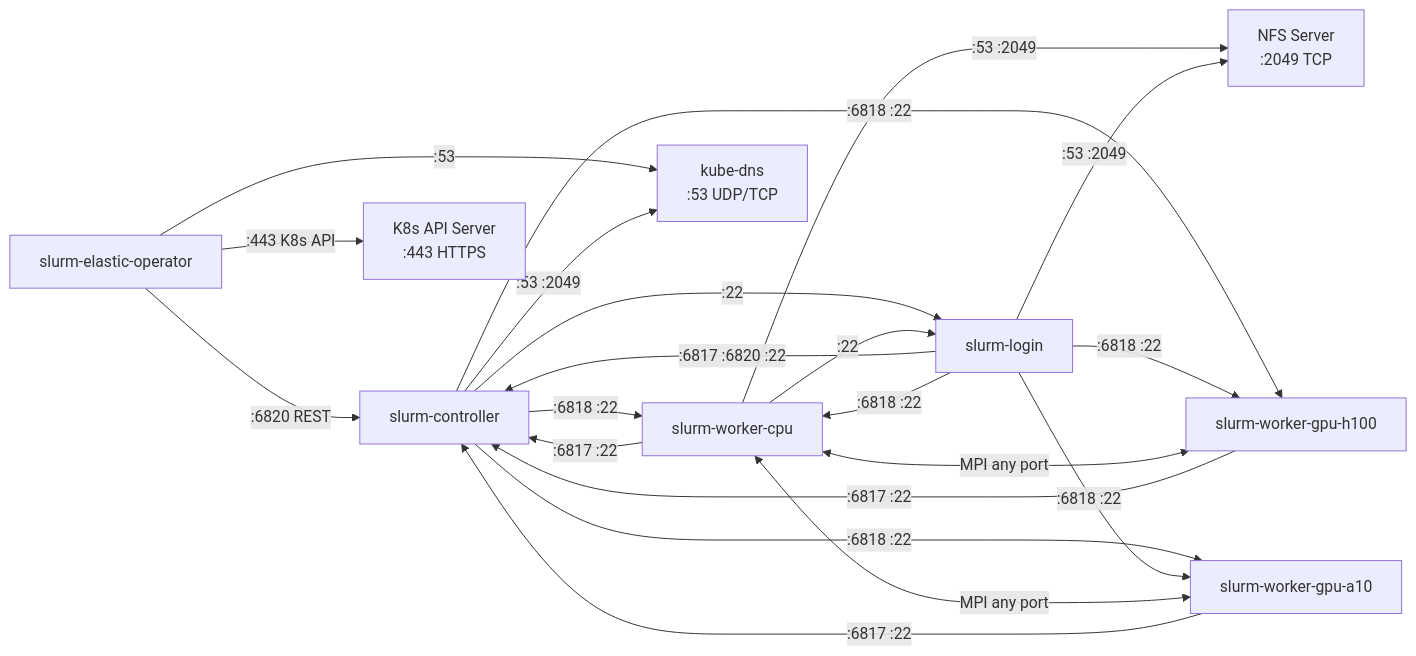
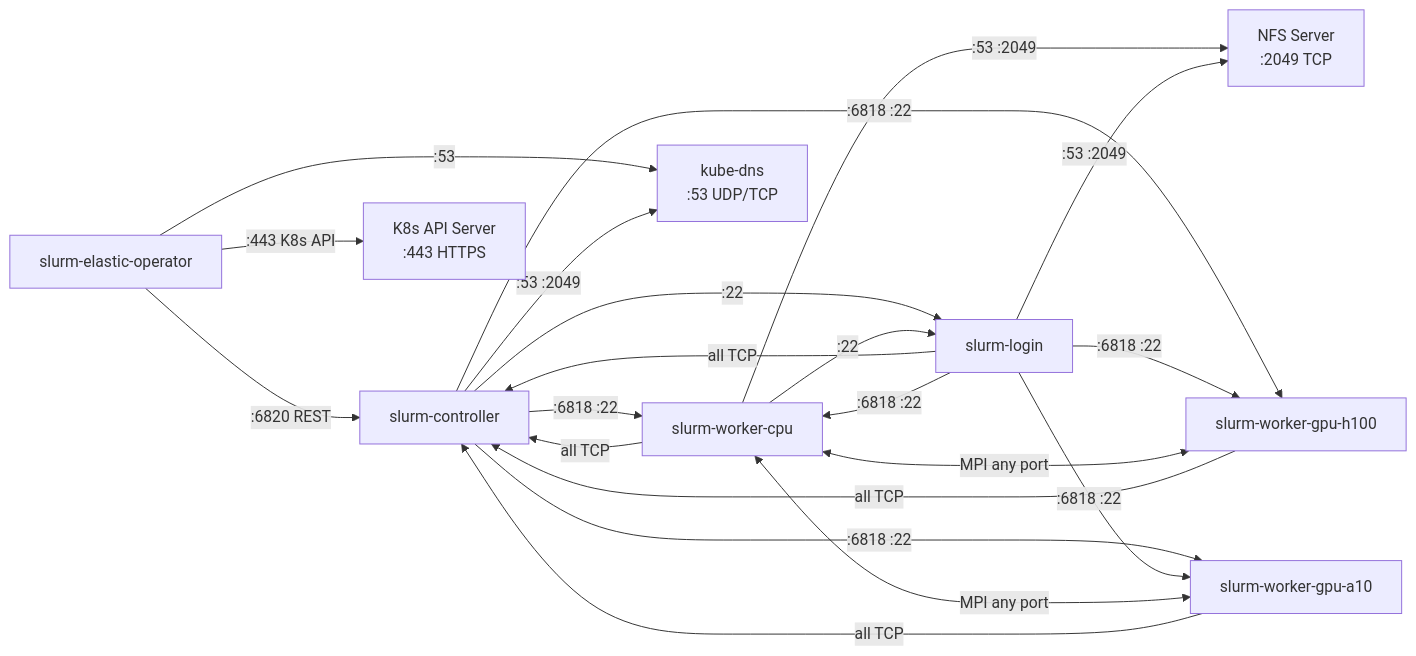
Before and after one commit to SoWiEee/Slurm-on-K8s-For-DDP: the fourth of 7 diagrams in docs/cluster.md, drawn with Mermaid. The commit also changed other lines of this file and 12 other files, not shown here.

````diff
--- a/docs/cluster.md
+++ b/docs/cluster.md
@@ -257,37 +273,37 @@
 ```mermaid
 flowchart LR
     OPER[slurm-elastic-operator]
     LOGIN[slurm-login]
     CTL[slurm-controller]
     CPU[slurm-worker-cpu]
     A10[slurm-worker-gpu-a10]
     H100[slurm-worker-gpu-h100]
     DNS[kube-dns\n:53 UDP/TCP]
     K8SAPI[K8s API Server\n:443 HTTPS]
     NFS[NFS Server\n:2049 TCP]
 
     OPER -- ":443 K8s API" --> K8SAPI
     OPER -- ":6820 REST" --> CTL
 
-    LOGIN -- ":6817 :6820 :22" --> CTL
-    CPU -- ":6817 :22" --> CTL
-    A10 -- ":6817 :22" --> CTL
-    H100 -- ":6817 :22" --> CTL
+    LOGIN -- "all TCP" --> CTL
+    CPU -- "all TCP" --> CTL
+    A10 -- "all TCP" --> CTL
+    H100 -- "all TCP" --> CTL
 
     CTL -- ":6818 :22" --> CPU
     CTL -- ":6818 :22" --> A10
     CTL -- ":6818 :22" --> H100
     LOGIN -- ":6818 :22" --> CPU
     LOGIN -- ":6818 :22" --> A10
     LOGIN -- ":6818 :22" --> H100
 
     CTL -- ":22" --> LOGIN
     CPU -- ":22" --> LOGIN
     CPU <-- "MPI any port" --> A10
     CPU <-- "MPI any port" --> H100
 
     OPER -- ":53" --> DNS
     CTL -- ":53 :2049" --> DNS
     CPU -- ":53 :2049" --> NFS
     LOGIN -- ":53 :2049" --> NFS
 ```
````
